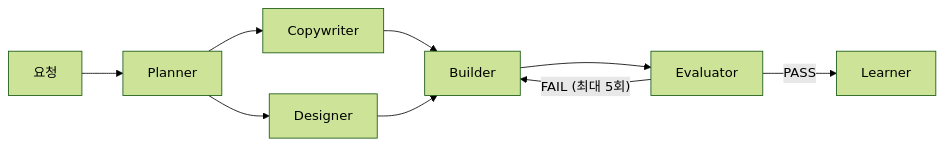
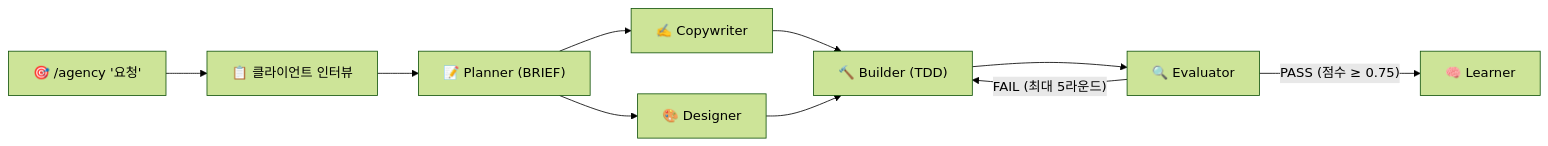
Before and after one commit to modu-ai/moai-adk: the seventh of 7 diagrams in README.ko.md, drawn with Mermaid (forest theme). The commit also changed other lines of this file and 3 other files, not shown here.

First line of the commit message:
docs(readme): Agency v3.2 상세 문서화 - 자율 워크플로우 + GAN Loop + 브랜드 컨텍스트 (4개 언어)

````diff
--- a/README.ko.md
+++ b/README.ko.md
@@ -879,11 +897,12 @@
 ```mermaid
 flowchart LR
-    REQ[요청] --> P[Planner]
-    P --> C[Copywriter]
-    P --> D[Designer]
-    C --> B[Builder]
+    REQ["🎯 /agency '요청'"] --> INT["📋 클라이언트 인터뷰"]
+    INT --> P["📝 Planner (BRIEF)"]
+    P --> C["✍️ Copywriter"]
+    P --> D["🎨 Designer"]
+    C --> B["🔨 Builder (TDD)"]
     D --> B
-    B --> E[Evaluator]
-    E -->|"FAIL (최대 5회)"| B
-    E -->|PASS| L[Learner]
+    B --> E["🔍 Evaluator"]
+    E -->|"FAIL (최대 5라운드)"| B
+    E -->|"PASS (점수 ≥ 0.75)"| L["🧠 Learner"]
 ```
````
